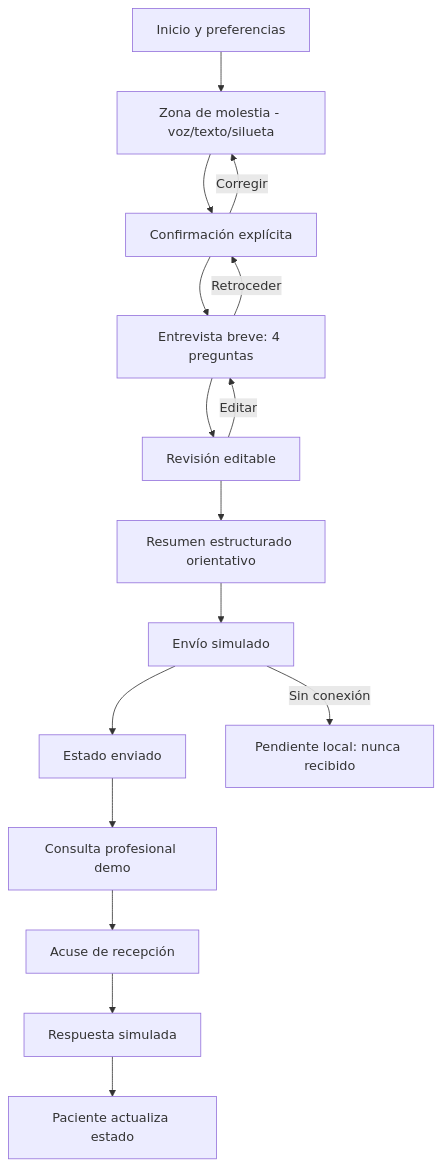
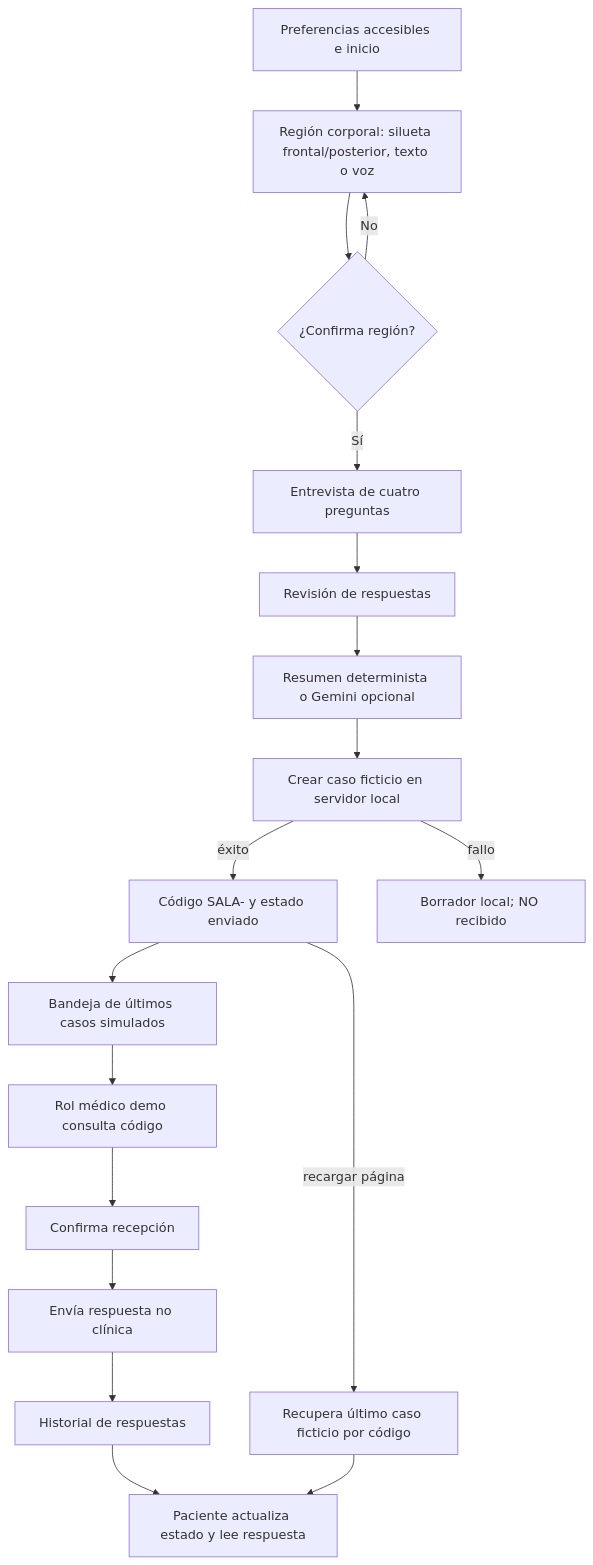
One commit to CeSaRLoPeZArTeAgA/PC2_IHC_Grup10 changed the diagram in docs/03-flujo-pantallas.md. Above: the diagram before and after it, drawn with Mermaid. The commit also changed other lines of this file and 4 other files, not shown here.

````diff
--- a/docs/03-flujo-pantallas.md
+++ b/docs/03-flujo-pantallas.md
@@ -5,18 +5,20 @@
 ```mermaid
 flowchart TD
- A[Inicio y preferencias] --> B[Zona de molestia - voz/texto/silueta]
- B --> C[Confirmación explícita]
- C --> D[Entrevista breve: 4 preguntas]
- D --> E[Revisión editable]
- E --> F[Resumen estructurado orientativo]
- F --> G[Envío simulado]
- G --> H[Estado enviado]
- H --> I[Consulta profesional demo]
- I --> J[Acuse de recepción]
- J --> K[Respuesta simulada]
- K --> L[Paciente actualiza estado]
- C -->|Corregir| B
- D -->|Retroceder| C
- E -->|Editar| D
- G -->|Sin conexión| M[Pendiente local: nunca recibido]
+ A[Preferencias accesibles e inicio] --> B[Región corporal: silueta frontal/posterior, texto o voz]
+ B --> C{¿Confirma región?}
+ C -->|No| B
+ C -->|Sí| D[Entrevista de cuatro preguntas]
+ D --> E[Revisión de respuestas]
+ E --> F[Resumen determinista o Gemini opcional]
+ F --> G[Crear caso ficticio en servidor local]
+ G -->|éxito| H[Código SALA- y estado enviado]
+ G -->|fallo| L[Borrador local; NO recibido]
+ H --> I[Bandeja de últimos casos simulados]
+ I --> J[Rol médico demo consulta código]
+ J --> K[Confirma recepción]
+ K --> M[Envía respuesta no clínica]
+ M --> N[Historial de respuestas]
+ N --> O[Paciente actualiza estado y lee respuesta]
+ H -->|recargar página| R[Recupera último caso ficticio por código]
+ R --> O
 ```
````
